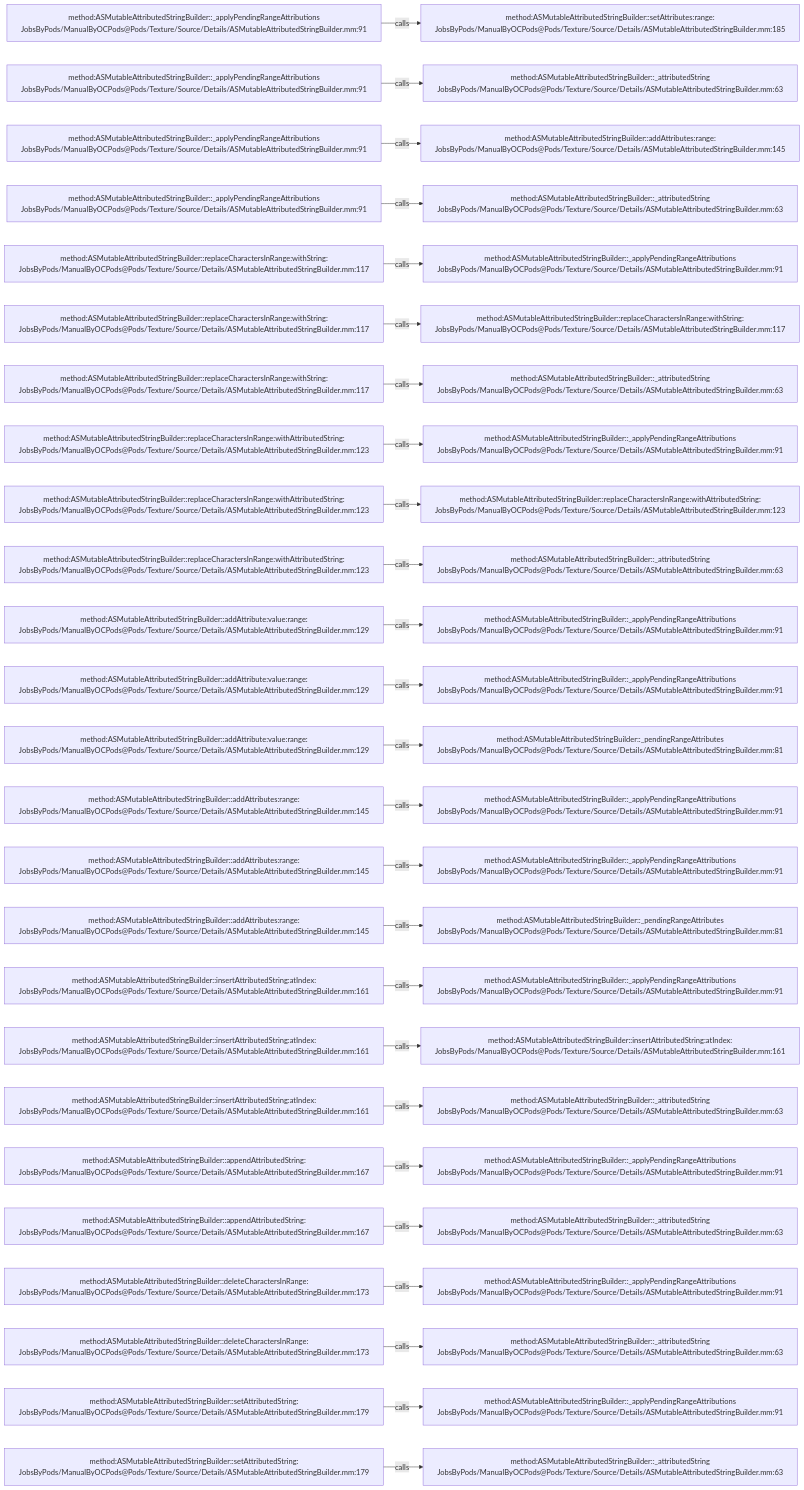
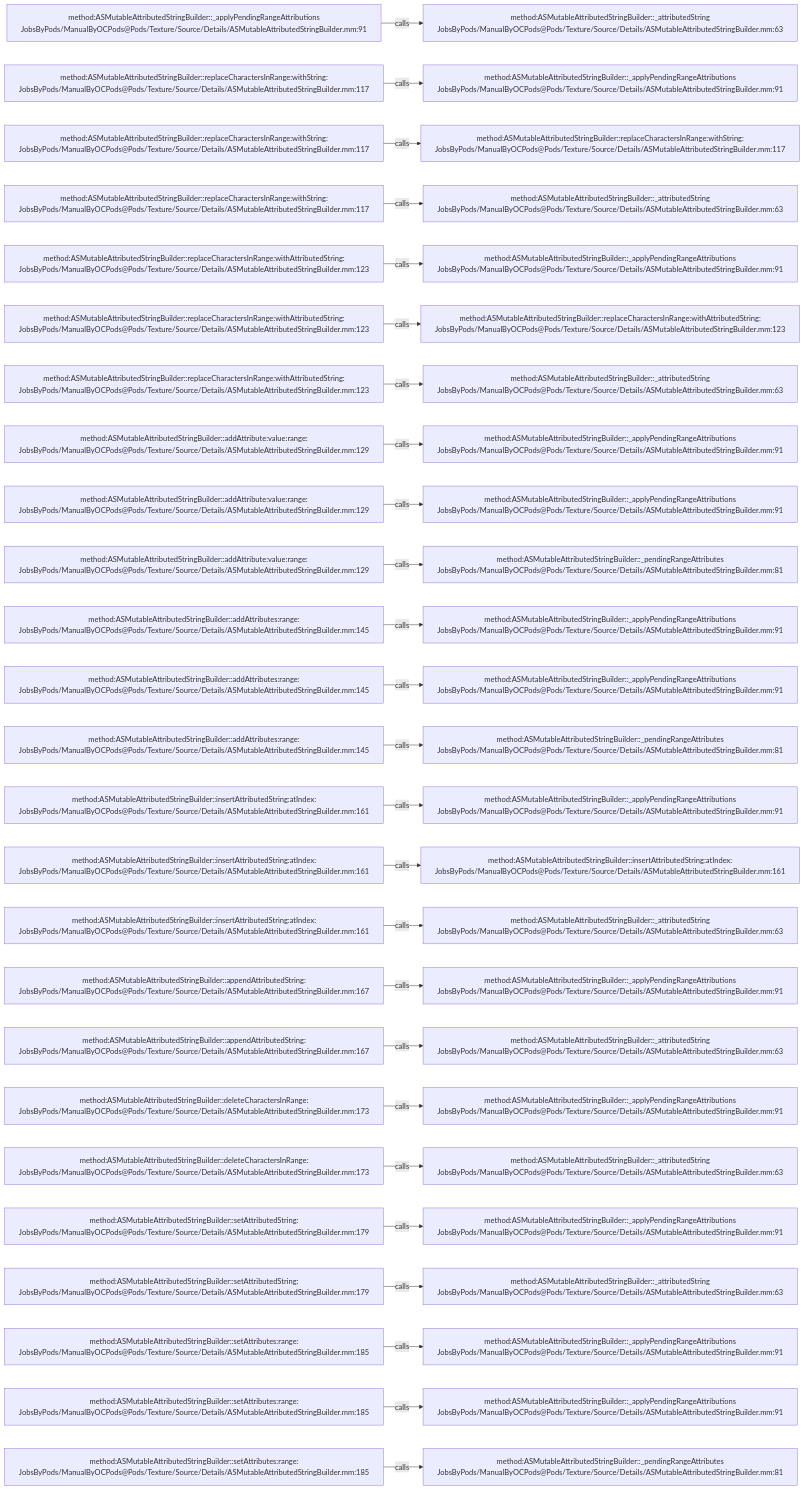
The diagram in .codegraph/codegraph.md/graphs/calls-161.md (JobsKits/JobsOCBaseConfigDemo), drawn with Mermaid before and after one commit. The commit also changed 342 other files, not shown here.

````diff
--- a/.codegraph/codegraph.md/graphs/calls-161.md
+++ b/.codegraph/codegraph.md/graphs/calls-161.md
@@ -13,78 +13,78 @@
 ```mermaid
 flowchart LR
   S1["method:ASMutableAttributedStringBuilder::_applyPendingRangeAttributions<br/>JobsByPods/ManualByOCPods@Pods/Texture/Source/Details/ASMutableAttributedStringBuilder.mm:91"]
-  T1["method:ASMutableAttributedStringBuilder::setAttributes:range:<br/>JobsByPods/ManualByOCPods@Pods/Texture/Source/Details/ASMutableAttributedStringBuilder.mm:185"]
+  T1["method:ASMutableAttributedStringBuilder::_attributedString<br/>JobsByPods/ManualByOCPods@Pods/Texture/Source/Details/ASMutableAttributedStringBuilder.mm:63"]
   S1 -->|calls| T1
-  S2["method:ASMutableAttributedStringBuilder::_applyPendingRangeAttributions<br/>JobsByPods/ManualByOCPods@Pods/Texture/Source/Details/ASMutableAttributedStringBuilder.mm:91"]
-  T2["method:ASMutableAttributedStringBuilder::_attributedString<br/>JobsByPods/ManualByOCPods@Pods/Texture/Source/Details/ASMutableAttributedStringBuilder.mm:63"]
+  S2["method:ASMutableAttributedStringBuilder::replaceCharactersInRange:withString:<br/>JobsByPods/ManualByOCPods@Pods/Texture/Source/Details/ASMutableAttributedStringBuilder.mm:117"]
+  T2["method:ASMutableAttributedStringBuilder::_applyPendingRangeAttributions<br/>JobsByPods/ManualByOCPods@Pods/Texture/Source/Details/ASMutableAttributedStringBuilder.mm:91"]
   S2 -->|calls| T2
-  S3["method:ASMutableAttributedStringBuilder::_applyPendingRangeAttributions<br/>JobsByPods/ManualByOCPods@Pods/Texture/Source/Details/ASMutableAttributedStringBuilder.mm:91"]
-  T3["method:ASMutableAttributedStringBuilder::addAttributes:range:<br/>JobsByPods/ManualByOCPods@Pods/Texture/Source/Details/ASMutableAttributedStringBuilder.mm:145"]
+  S3["method:ASMutableAttributedStringBuilder::replaceCharactersInRange:withString:<br/>JobsByPods/ManualByOCPods@Pods/Texture/Source/Details/ASMutableAttributedStringBuilder.mm:117"]
+  T3["method:ASMutableAttributedStringBuilder::replaceCharactersInRange:withString:<br/>JobsByPods/ManualByOCPods@Pods/Texture/Source/Details/ASMutableAttributedStringBuilder.mm:117"]
   S3 -->|calls| T3
-  S4["method:ASMutableAttributedStringBuilder::_applyPendingRangeAttributions<br/>JobsByPods/ManualByOCPods@Pods/Texture/Source/Details/ASMutableAttributedStringBuilder.mm:91"]
+  S4["method:ASMutableAttributedStringBuilder::replaceCharactersInRange:withString:<br/>JobsByPods/ManualByOCPods@Pods/Texture/Source/Details/ASMutableAttributedStringBuilder.mm:117"]
   T4["method:ASMutableAttributedStringBuilder::_attributedString<br/>JobsByPods/ManualByOCPods@Pods/Texture/Source/Details/ASMutableAttributedStringBuilder.mm:63"]
   S4 -->|calls| T4
-  S5["method:ASMutableAttributedStringBuilder::replaceCharactersInRange:withString:<br/>JobsByPods/ManualByOCPods@Pods/Texture/Source/Details/ASMutableAttributedStringBuilder.mm:117"]
+  S5["method:ASMutableAttributedStringBuilder::replaceCharactersInRange:withAttributedString:<br/>JobsByPods/ManualByOCPods@Pods/Texture/Source/Details/ASMutableAttributedStringBuilder.mm:123"]
   T5["method:ASMutableAttributedStringBuilder::_applyPendingRangeAttributions<br/>JobsByPods/ManualByOCPods@Pods/Texture/Source/Details/ASMutableAttributedStringBuilder.mm:91"]
   S5 -->|calls| T5
-  S6["method:ASMutableAttributedStringBuilder::replaceCharactersInRange:withString:<br/>JobsByPods/ManualByOCPods@Pods/Texture/Source/Details/ASMutableAttributedStringBuilder.mm:117"]
-  T6["method:ASMutableAttributedStringBuilder::replaceCharactersInRange:withString:<br/>JobsByPods/ManualByOCPods@Pods/Texture/Source/Details/ASMutableAttributedStringBuilder.mm:117"]
+  S6["method:ASMutableAttributedStringBuilder::replaceCharactersInRange:withAttributedString:<br/>JobsByPods/ManualByOCPods@Pods/Texture/Source/Details/ASMutableAttributedStringBuilder.mm:123"]
+  T6["method:ASMutableAttributedStringBuilder::replaceCharactersInRange:withAttributedString:<br/>JobsByPods/ManualByOCPods@Pods/Texture/Source/Details/ASMutableAttributedStringBuilder.mm:123"]
   S6 -->|calls| T6
-  S7["method:ASMutableAttributedStringBuilder::replaceCharactersInRange:withString:<br/>JobsByPods/ManualByOCPods@Pods/Texture/Source/Details/ASMutableAttributedStringBuilder.mm:117"]
+  S7["method:ASMutableAttributedStringBuilder::replaceCharactersInRange:withAttributedString:<br/>JobsByPods/ManualByOCPods@Pods/Texture/Source/Details/ASMutableAttributedStringBuilder.mm:123"]
   T7["method:ASMutableAttributedStringBuilder::_attributedString<br/>JobsByPods/ManualByOCPods@Pods/Texture/Source/Details/ASMutableAttributedStringBuilder.mm:63"]
   S7 -->|calls| T7
-  S8["method:ASMutableAttributedStringBuilder::replaceCharactersInRange:withAttributedString:<br/>JobsByPods/ManualByOCPods@Pods/Texture/Source/Details/ASMutableAttributedStringBuilder.mm:123"]
+  S8["method:ASMutableAttributedStringBuilder::addAttribute:value:range:<br/>JobsByPods/ManualByOCPods@Pods/Texture/Source/Details/ASMutableAttributedStringBuilder.mm:129"]
   T8["method:ASMutableAttributedStringBuilder::_applyPendingRangeAttributions<br/>JobsByPods/ManualByOCPods@Pods/Texture/Source/Details/ASMutableAttributedStringBuilder.mm:91"]
   S8 -->|calls| T8
-  S9["method:ASMutableAttributedStringBuilder::replaceCharactersInRange:withAttributedString:<br/>JobsByPods/ManualByOCPods@Pods/Texture/Source/Details/ASMutableAttributedStringBuilder.mm:123"]
-  T9["method:ASMutableAttributedStringBuilder::replaceCharactersInRange:withAttributedString:<br/>JobsByPods/ManualByOCPods@Pods/Texture/Source/Details/ASMutableAttributedStringBuilder.mm:123"]
+  S9["method:ASMutableAttributedStringBuilder::addAttribute:value:range:<br/>JobsByPods/ManualByOCPods@Pods/Texture/Source/Details/ASMutableAttributedStringBuilder.mm:129"]
+  T9["method:ASMutableAttributedStringBuilder::_applyPendingRangeAttributions<br/>JobsByPods/ManualByOCPods@Pods/Texture/Source/Details/ASMutableAttributedStringBuilder.mm:91"]
   S9 -->|calls| T9
-  S10["method:ASMutableAttributedStringBuilder::replaceCharactersInRange:withAttributedString:<br/>JobsByPods/ManualByOCPods@Pods/Texture/Source/Details/ASMutableAttributedStringBuilder.mm:123"]
-  T10["method:ASMutableAttributedStringBuilder::_attributedString<br/>JobsByPods/ManualByOCPods@Pods/Texture/Source/Details/ASMutableAttributedStringBuilder.mm:63"]
+  S10["method:ASMutableAttributedStringBuilder::addAttribute:value:range:<br/>JobsByPods/ManualByOCPods@Pods/Texture/Source/Details/ASMutableAttributedStringBuilder.mm:129"]
+  T10["method:ASMutableAttributedStringBuilder::_pendingRangeAttributes<br/>JobsByPods/ManualByOCPods@Pods/Texture/Source/Details/ASMutableAttributedStringBuilder.mm:81"]
   S10 -->|calls| T10
-  S11["method:ASMutableAttributedStringBuilder::addAttribute:value:range:<br/>JobsByPods/ManualByOCPods@Pods/Texture/Source/Details/ASMutableAttributedStringBuilder.mm:129"]
+  S11["method:ASMutableAttributedStringBuilder::addAttributes:range:<br/>JobsByPods/ManualByOCPods@Pods/Texture/Source/Details/ASMutableAttributedStringBuilder.mm:145"]
   T11["method:ASMutableAttributedStringBuilder::_applyPendingRangeAttributions<br/>JobsByPods/ManualByOCPods@Pods/Texture/Source/Details/ASMutableAttributedStringBuilder.mm:91"]
   S11 -->|calls| T11
-  S12["method:ASMutableAttributedStringBuilder::addAttribute:value:range:<br/>JobsByPods/ManualByOCPods@Pods/Texture/Source/Details/ASMutableAttributedStringBuilder.mm:129"]
+  S12["method:ASMutableAttributedStringBuilder::addAttributes:range:<br/>JobsByPods/ManualByOCPods@Pods/Texture/Source/Details/ASMutableAttributedStringBuilder.mm:145"]
   T12["method:ASMutableAttributedStringBuilder::_applyPendingRangeAttributions<br/>JobsByPods/ManualByOCPods@Pods/Texture/Source/Details/ASMutableAttributedStringBuilder.mm:91"]
   S12 -->|calls| T12
-  S13["method:ASMutableAttributedStringBuilder::addAttribute:value:range:<br/>JobsByPods/ManualByOCPods@Pods/Texture/Source/Details/ASMutableAttributedStringBuilder.mm:129"]
+  S13["method:ASMutableAttributedStringBuilder::addAttributes:range:<br/>JobsByPods/ManualByOCPods@Pods/Texture/Source/Details/ASMutableAttributedStringBuilder.mm:145"]
   T13["method:ASMutableAttributedStringBuilder::_pendingRangeAttributes<br/>JobsByPods/ManualByOCPods@Pods/Texture/Source/Details/ASMutableAttributedStringBuilder.mm:81"]
   S13 -->|calls| T13
-  S14["method:ASMutableAttributedStringBuilder::addAttributes:range:<br/>JobsByPods/ManualByOCPods@Pods/Texture/Source/Details/ASMutableAttributedStringBuilder.mm:145"]
+  S14["method:ASMutableAttributedStringBuilder::insertAttributedString:atIndex:<br/>JobsByPods/ManualByOCPods@Pods/Texture/Source/Details/ASMutableAttributedStringBuilder.mm:161"]
   T14["method:ASMutableAttributedStringBuilder::_applyPendingRangeAttributions<br/>JobsByPods/ManualByOCPods@Pods/Texture/Source/Details/ASMutableAttributedStringBuilder.mm:91"]
   S14 -->|calls| T14
-  S15["method:ASMutableAttributedStringBuilder::addAttributes:range:<br/>JobsByPods/ManualByOCPods@Pods/Texture/Source/Details/ASMutableAttributedStringBuilder.mm:145"]
-  T15["method:ASMutableAttributedStringBuilder::_applyPendingRangeAttributions<br/>JobsByPods/ManualByOCPods@Pods/Texture/Source/Details/ASMutableAttributedStringBuilder.mm:91"]
+  S15["method:ASMutableAttributedStringBuilder::insertAttributedString:atIndex:<br/>JobsByPods/ManualByOCPods@Pods/Texture/Source/Details/ASMutableAttributedStringBuilder.mm:161"]
+  T15["method:ASMutableAttributedStringBuilder::insertAttributedString:atIndex:<br/>JobsByPods/ManualByOCPods@Pods/Texture/Source/Details/ASMutableAttributedStringBuilder.mm:161"]
   S15 -->|calls| T15
-  S16["method:ASMutableAttributedStringBuilder::addAttributes:range:<br/>JobsByPods/ManualByOCPods@Pods/Texture/Source/Details/ASMutableAttributedStringBuilder.mm:145"]
-  T16["method:ASMutableAttributedStringBuilder::_pendingRangeAttributes<br/>JobsByPods/ManualByOCPods@Pods/Texture/Source/Details/ASMutableAttributedStringBuilder.mm:81"]
+  S16["method:ASMutableAttributedStringBuilder::insertAttributedString:atIndex:<br/>JobsByPods/ManualByOCPods@Pods/Texture/Source/Details/ASMutableAttributedStringBuilder.mm:161"]
+  T16["method:ASMutableAttributedStringBuilder::_attributedString<br/>JobsByPods/ManualByOCPods@Pods/Texture/Source/Details/ASMutableAttributedStringBuilder.mm:63"]
   S16 -->|calls| T16
-  S17["method:ASMutableAttributedStringBuilder::insertAttributedString:atIndex:<br/>JobsByPods/ManualByOCPods@Pods/Texture/Source/Details/ASMutableAttributedStringBuilder.mm:161"]
+  S17["method:ASMutableAttributedStringBuilder::appendAttributedString:<br/>JobsByPods/ManualByOCPods@Pods/Texture/Source/Details/ASMutableAttributedStringBuilder.mm:167"]
   T17["method:ASMutableAttributedStringBuilder::_applyPendingRangeAttributions<br/>JobsByPods/ManualByOCPods@Pods/Texture/Source/Details/ASMutableAttributedStringBuilder.mm:91"]
   S17 -->|calls| T17
-  S18["method:ASMutableAttributedStringBuilder::insertAttributedString:atIndex:<br/>JobsByPods/ManualByOCPods@Pods/Texture/Source/Details/ASMutableAttributedStringBuilder.mm:161"]
-  T18["method:ASMutableAttributedStringBuilder::insertAttributedString:atIndex:<br/>JobsByPods/ManualByOCPods@Pods/Texture/Source/Details/ASMutableAttributedStringBuilder.mm:161"]
+  S18["method:ASMutableAttributedStringBuilder::appendAttributedString:<br/>JobsByPods/ManualByOCPods@Pods/Texture/Source/Details/ASMutableAttributedStringBuilder.mm:167"]
+  T18["method:ASMutableAttributedStringBuilder::_attributedString<br/>JobsByPods/ManualByOCPods@Pods/Texture/Source/Details/ASMutableAttributedStringBuilder.mm:63"]
   S18 -->|calls| T18
-  S19["method:ASMutableAttributedStringBuilder::insertAttributedString:atIndex:<br/>JobsByPods/ManualByOCPods@Pods/Texture/Source/Details/ASMutableAttributedStringBuilder.mm:161"]
-  T19["method:ASMutableAttributedStringBuilder::_attributedString<br/>JobsByPods/ManualByOCPods@Pods/Texture/Source/Details/ASMutableAttributedStringBuilder.mm:63"]
+  S19["method:ASMutableAttributedStringBuilder::deleteCharactersInRange:<br/>JobsByPods/ManualByOCPods@Pods/Texture/Source/Details/ASMutableAttributedStringBuilder.mm:173"]
+  T19["method:ASMutableAttributedStringBuilder::_applyPendingRangeAttributions<br/>JobsByPods/ManualByOCPods@Pods/Texture/Source/Details/ASMutableAttributedStringBuilder.mm:91"]
   S19 -->|calls| T19
-  S20["method:ASMutableAttributedStringBuilder::appendAttributedString:<br/>JobsByPods/ManualByOCPods@Pods/Texture/Source/Details/ASMutableAttributedStringBuilder.mm:167"]
-  T20["method:ASMutableAttributedStringBuilder::_applyPendingRangeAttributions<br/>JobsByPods/ManualByOCPods@Pods/Texture/Source/Details/ASMutableAttributedStringBuilder.mm:91"]
+  S20["method:ASMutableAttributedStringBuilder::deleteCharactersInRange:<br/>JobsByPods/ManualByOCPods@Pods/Texture/Source/Details/ASMutableAttributedStringBuilder.mm:173"]
+  T20["method:ASMutableAttributedStringBuilder::_attributedString<br/>JobsByPods/ManualByOCPods@Pods/Texture/Source/Details/ASMutableAttributedStringBuilder.mm:63"]
   S20 -->|calls| T20
-  S21["method:ASMutableAttributedStringBuilder::appendAttributedString:<br/>JobsByPods/ManualByOCPods@Pods/Texture/Source/Details/ASMutableAttributedStringBuilder.mm:167"]
-  T21["method:ASMutableAttributedStringBuilder::_attributedString<br/>JobsByPods/ManualByOCPods@Pods/Texture/Source/Details/ASMutableAttributedStringBuilder.mm:63"]
+  S21["method:ASMutableAttributedStringBuilder::setAttributedString:<br/>JobsByPods/ManualByOCPods@Pods/Texture/Source/Details/ASMutableAttributedStringBuilder.mm:179"]
+  T21["method:ASMutableAttributedStringBuilder::_applyPendingRangeAttributions<br/>JobsByPods/ManualByOCPods@Pods/Texture/Source/Details/ASMutableAttributedStringBuilder.mm:91"]
   S21 -->|calls| T21
-  S22["method:ASMutableAttributedStringBuilder::deleteCharactersInRange:<br/>JobsByPods/ManualByOCPods@Pods/Texture/Source/Details/ASMutableAttributedStringBuilder.mm:173"]
-  T22["method:ASMutableAttributedStringBuilder::_applyPendingRangeAttributions<br/>JobsByPods/ManualByOCPods@Pods/Texture/Source/Details/ASMutableAttributedStringBuilder.mm:91"]
+  S22["method:ASMutableAttributedStringBuilder::setAttributedString:<br/>JobsByPods/ManualByOCPods@Pods/Texture/Source/Details/ASMutableAttributedStringBuilder.mm:179"]
+  T22["method:ASMutableAttributedStringBuilder::_attributedString<br/>JobsByPods/ManualByOCPods@Pods/Texture/Source/Details/ASMutableAttributedStringBuilder.mm:63"]
   S22 -->|calls| T22
-  S23["method:ASMutableAttributedStringBuilder::deleteCharactersInRange:<br/>JobsByPods/ManualByOCPods@Pods/Texture/Source/Details/ASMutableAttributedStringBuilder.mm:173"]
-  T23["method:ASMutableAttributedStringBuilder::_attributedString<br/>JobsByPods/ManualByOCPods@Pods/Texture/Source/Details/ASMutableAttributedStringBuilder.mm:63"]
+  S23["method:ASMutableAttributedStringBuilder::setAttributes:range:<br/>JobsByPods/ManualByOCPods@Pods/Texture/Source/Details/ASMutableAttributedStringBuilder.mm:185"]
+  T23["method:ASMutableAttributedStringBuilder::_applyPendingRangeAttributions<br/>JobsByPods/ManualByOCPods@Pods/Texture/Source/Details/ASMutableAttributedStringBuilder.mm:91"]
   S23 -->|calls| T23
-  S24["method:ASMutableAttributedStringBuilder::setAttributedString:<br/>JobsByPods/ManualByOCPods@Pods/Texture/Source/Details/ASMutableAttributedStringBuilder.mm:179"]
+  S24["method:ASMutableAttributedStringBuilder::setAttributes:range:<br/>JobsByPods/ManualByOCPods@Pods/Texture/Source/Details/ASMutableAttributedStringBuilder.mm:185"]
   T24["method:ASMutableAttributedStringBuilder::_applyPendingRangeAttributions<br/>JobsByPods/ManualByOCPods@Pods/Texture/Source/Details/ASMutableAttributedStringBuilder.mm:91"]
   S24 -->|calls| T24
-  S25["method:ASMutableAttributedStringBuilder::setAttributedString:<br/>JobsByPods/ManualByOCPods@Pods/Texture/Source/Details/ASMutableAttributedStringBuilder.mm:179"]
-  T25["method:ASMutableAttributedStringBuilder::_attributedString<br/>JobsByPods/ManualByOCPods@Pods/Texture/Source/Details/ASMutableAttributedStringBuilder.mm:63"]
+  S25["method:ASMutableAttributedStringBuilder::setAttributes:range:<br/>JobsByPods/ManualByOCPods@Pods/Texture/Source/Details/ASMutableAttributedStringBuilder.mm:185"]
+  T25["method:ASMutableAttributedStringBuilder::_pendingRangeAttributes<br/>JobsByPods/ManualByOCPods@Pods/Texture/Source/Details/ASMutableAttributedStringBuilder.mm:81"]
   S25 -->|calls| T25
 ```
````
